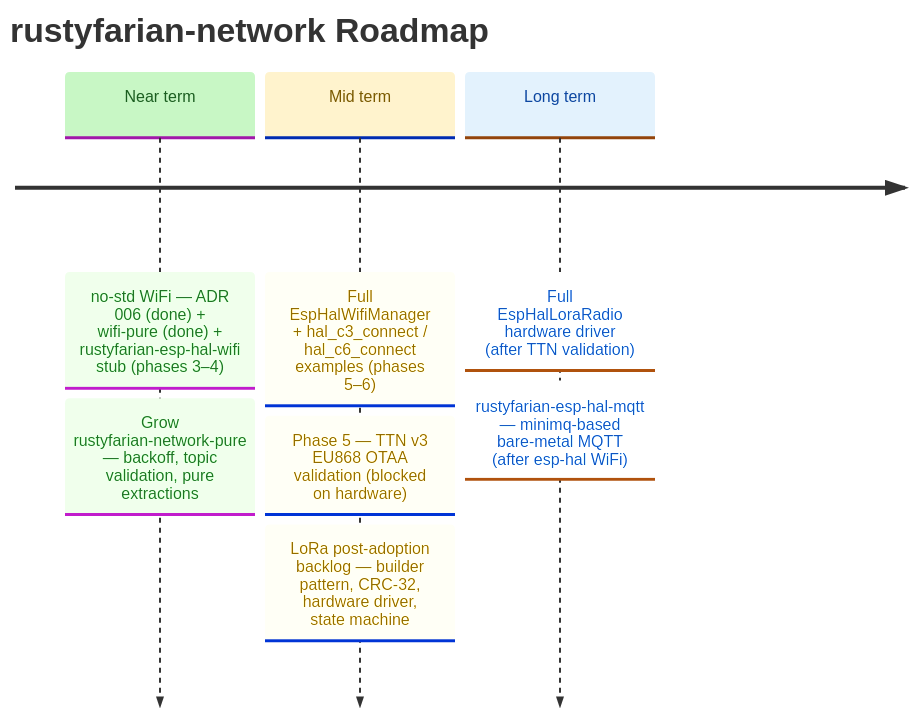
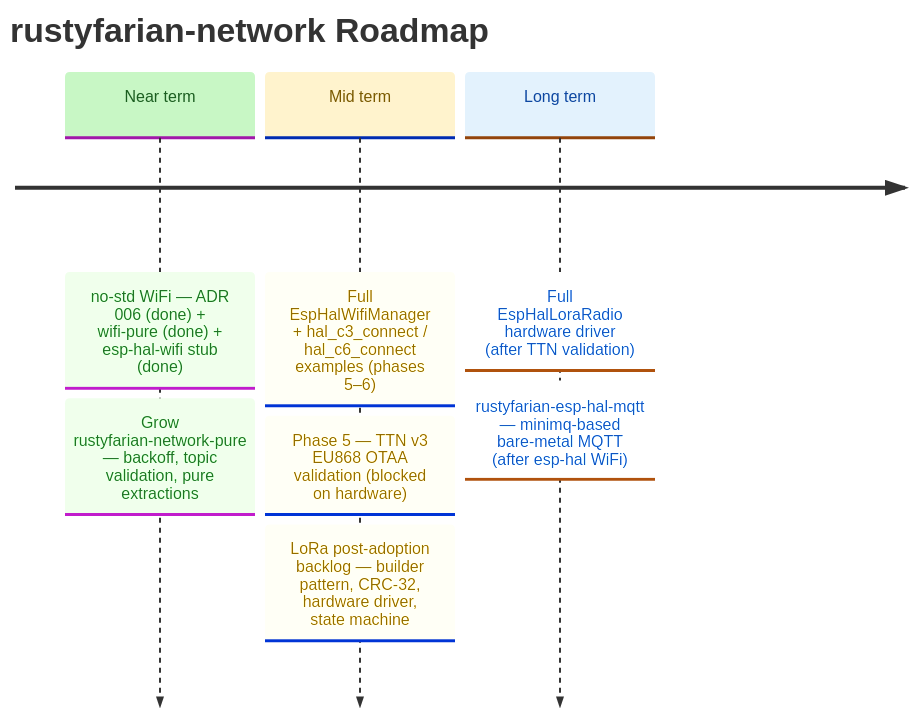
The diagram in docs/ROADMAP.md (datenkollektiv/rustyfarian-network), drawn with Mermaid before and after one commit. The commit also changed other lines of this file and 4 other files, not shown here.

Commit message:
Add bare-metal Wi-Fi driver for ESP-HAL targets

````diff
--- a/docs/ROADMAP.md
+++ b/docs/ROADMAP.md
@@ -9,26 +9,26 @@
 ```mermaid
 %%{init: {
   "theme": "base",
   "themeVariables": {
     "cScale0": "#c8f7c5",
     "cScaleLabel0": "#1b5e20",
     "cScale1": "#fff3cd",
     "cScaleLabel1": "#7a5a00",
     "cScale2": "#e3f2fd",
     "cScaleLabel2": "#0d47a1"
   }
 }}%%
 
 timeline
     title rustyfarian-network Roadmap
 
-    Near term : no-std WiFi — ADR 006 (done) + wifi-pure (done) + rustyfarian-esp-hal-wifi stub (phases 3–4)
+    Near term : no-std WiFi — ADR 006 (done) + wifi-pure (done) + esp-hal-wifi stub (done)
               : Grow rustyfarian-network-pure — backoff, topic validation, pure extractions
 
     Mid term  : Full EspHalWifiManager + hal_c3_connect / hal_c6_connect examples (phases 5–6)
               : Phase 5 — TTN v3 EU868 OTAA validation (blocked on hardware)
               : LoRa post-adoption backlog — builder pattern, CRC-32, hardware driver, state machine
 
     Long term : Full EspHalLoraRadio hardware driver (after TTN validation)
               : rustyfarian-esp-hal-mqtt — minimq-based bare-metal MQTT (after esp-hal WiFi)
 ```
````
